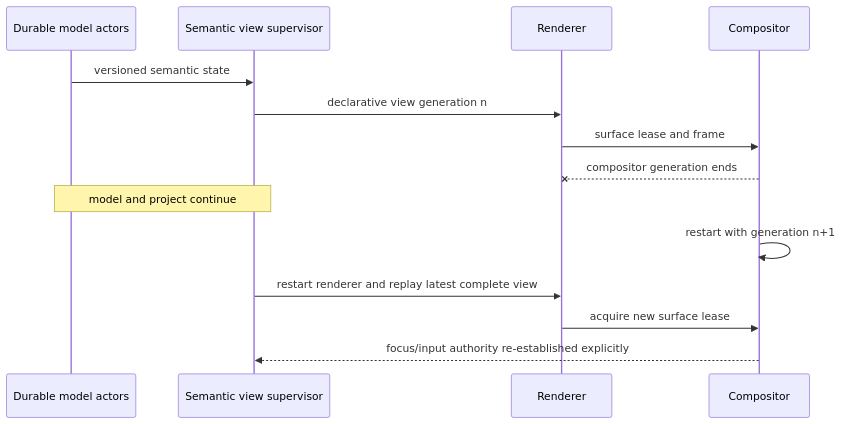
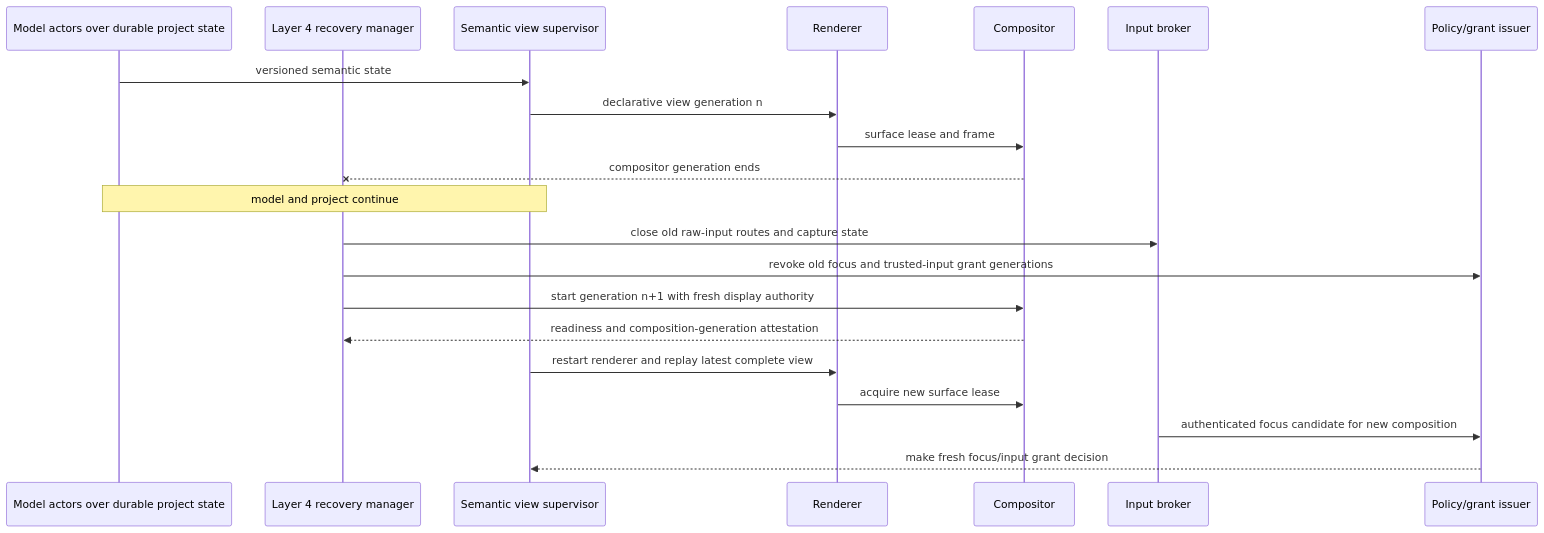
Before and after one commit to pcharbon70/atom-os-research: the sixth of 6 diagrams in 20-notes/alan-kay-smalltalk-visual-interface-and-modern-desktop.md, drawn with Mermaid. The commit also changed other lines of this file and 92 other files, not shown here.

````diff
--- a/20-notes/alan-kay-smalltalk-visual-interface-and-modern-desktop.md
+++ b/20-notes/alan-kay-smalltalk-visual-interface-and-modern-desktop.md
@@ -695,17 +703,24 @@
 ```mermaid
 sequenceDiagram
-    participant M as Durable model actors
+    participant M as Model actors over durable project state
+    participant RM as Layer 4 recovery manager
     participant V as Semantic view supervisor
     participant R as Renderer
     participant C as Compositor
+    participant B as Input broker
+    participant PG as Policy/grant issuer
 
     M->>V: versioned semantic state
     V->>R: declarative view generation n
     R->>C: surface lease and frame
-    C--xR: compositor generation ends
+    C--xRM: compositor generation ends
     Note over M,V: model and project continue
-    C->>C: restart with generation n+1
+    RM->>B: close old raw-input routes and capture state
+    RM->>PG: revoke old focus and trusted-input grant generations
+    RM->>C: start generation n+1 with fresh display authority
+    C-->>RM: readiness and composition-generation attestation
     V->>R: restart renderer and replay latest complete view
     R->>C: acquire new surface lease
-    C-->>V: focus/input authority re-established explicitly
+    B->>PG: authenticated focus candidate for new composition
+    PG-->>V: make fresh focus/input grant decision
 ```
````
